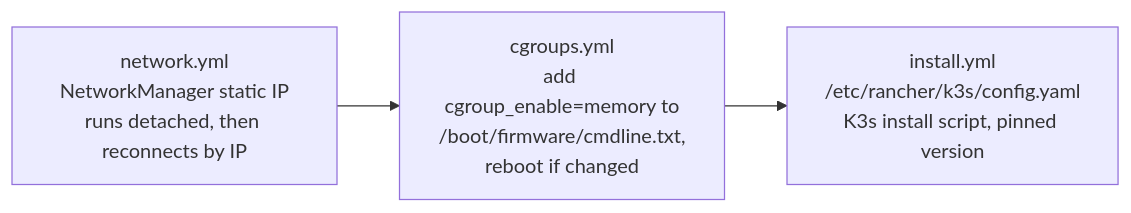
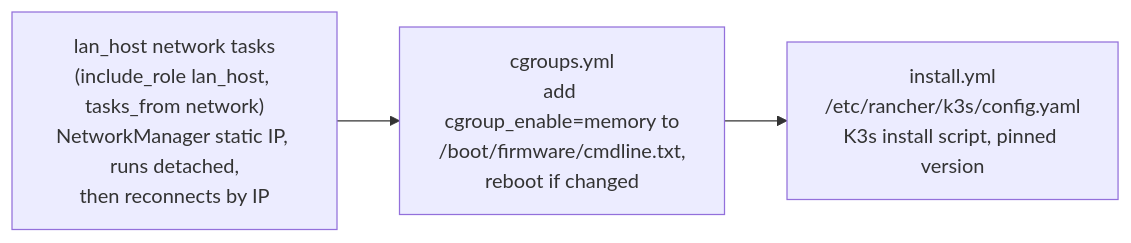
One commit to mackyruiz/homelab changed the second of 8 diagrams in docs/k3s.md. Above: the diagram before and after it, drawn with Mermaid. The commit also changed other lines of this file, not shown here.

````diff
--- a/docs/k3s.md
+++ b/docs/k3s.md
@@ -54,5 +54,5 @@
 ```mermaid
 flowchart LR
-    N["network.yml<br/>NetworkManager static IP<br/>runs detached, then reconnects by IP"] --> G["cgroups.yml<br/>add cgroup_enable=memory to<br/>/boot/firmware/cmdline.txt,<br/>reboot if changed"]
+    N["lan_host network tasks<br/>(include_role lan_host, tasks_from network)<br/>NetworkManager static IP, runs detached,<br/>then reconnects by IP"] --> G["cgroups.yml<br/>add cgroup_enable=memory to<br/>/boot/firmware/cmdline.txt,<br/>reboot if changed"]
     G --> I["install.yml<br/>/etc/rancher/k3s/config.yaml<br/>K3s install script, pinned version"]
 ```
````
